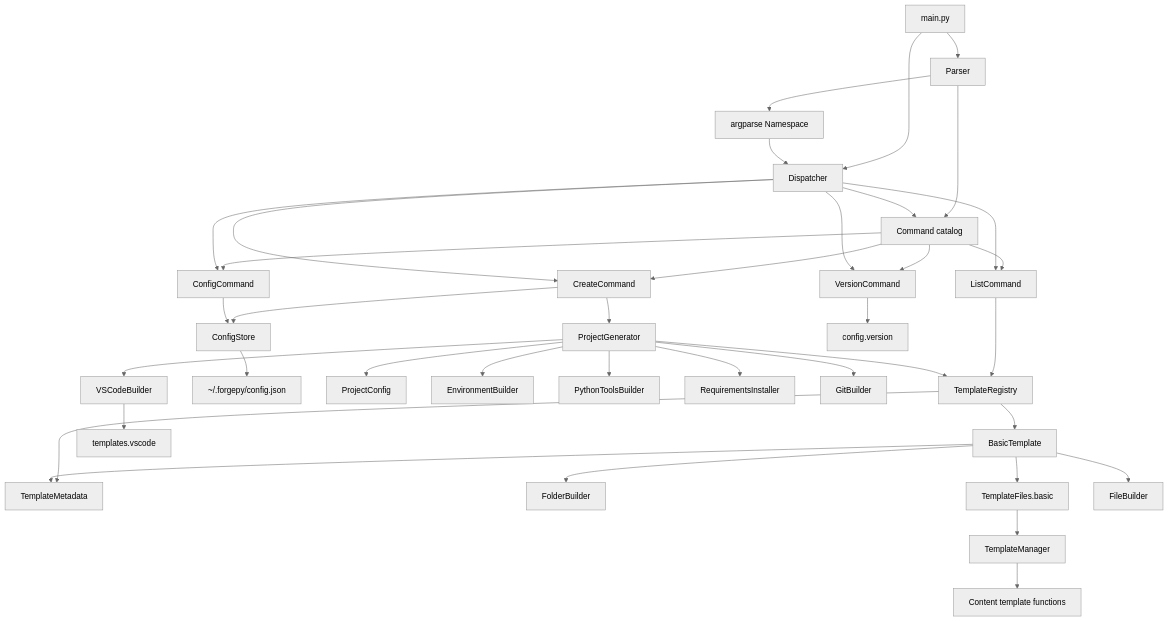
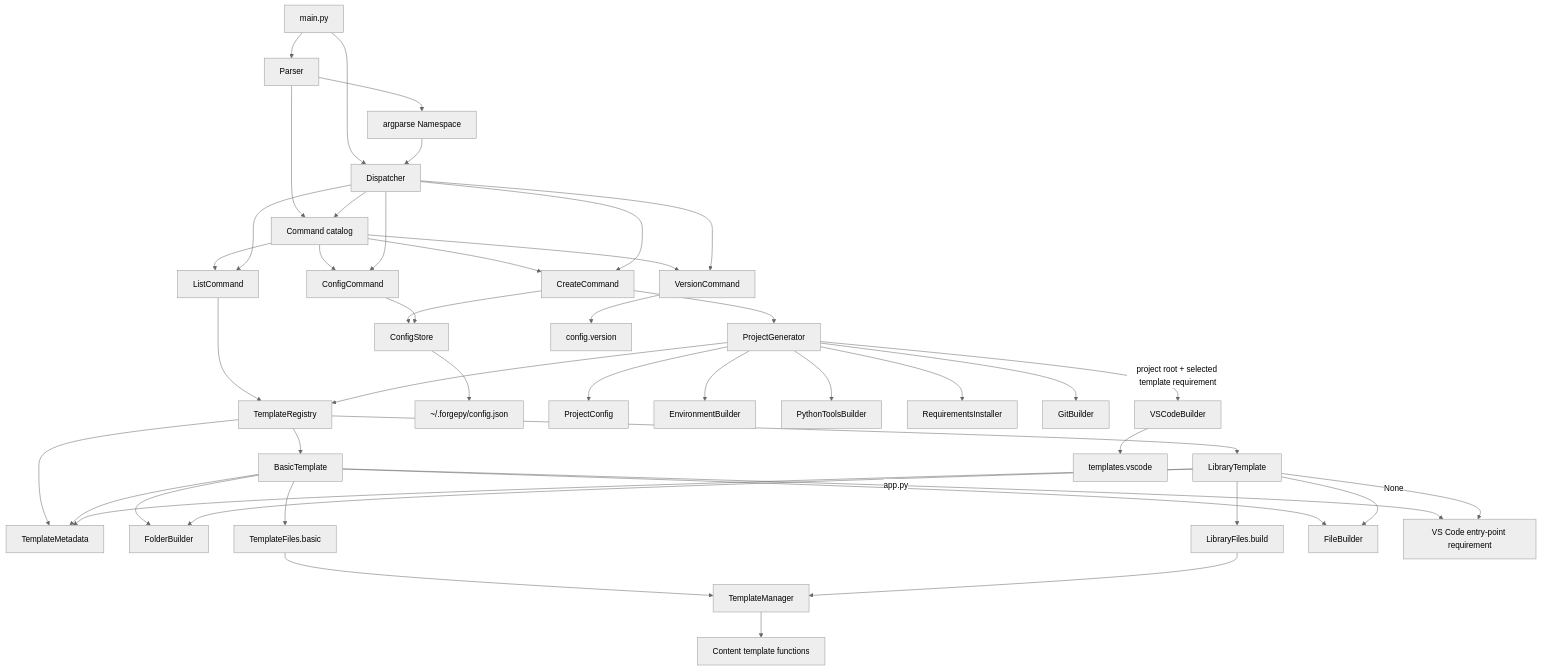
One commit to rendyzou89/ForgePy changed the second of 4 diagrams in ARCHITECTURE.md. Above: the diagram before and after it, drawn with Mermaid (neutral theme). The commit also changed other lines of this file and 17 other files, not shown here.

Commit message:
feat(template): add built-in library template

````diff
--- a/ARCHITECTURE.md
+++ b/ARCHITECTURE.md
@@ -103,44 +109,52 @@
 ```mermaid
 flowchart TD
     Main[main.py] --> Parser[Parser]
     Main --> Dispatcher[Dispatcher]
     Parser --> Namespace[argparse Namespace]
     Namespace --> Dispatcher
 
     Parser --> Catalog[Command catalog]
     Dispatcher --> Catalog
     Catalog --> Create[CreateCommand]
     Catalog --> List[ListCommand]
     Catalog --> Version[VersionCommand]
     Catalog --> Config[ConfigCommand]
 
     Dispatcher --> Create
     Dispatcher --> List
     Dispatcher --> Version
     Dispatcher --> Config
 
     Create --> UserConfig
     Create --> Generator[ProjectGenerator]
     List --> Registry[TemplateRegistry]
     Registry --> TemplateMetadata[TemplateMetadata]
     Version --> VersionConfig[config.version]
     Config --> UserConfig[ConfigStore]
     UserConfig --> ConfigFile[~/.forgepy/config.json]
 
     Generator --> ProjectConfig[ProjectConfig]
     Generator --> Registry
     Registry --> Basic[BasicTemplate]
+    Registry --> Library[LibraryTemplate]
     Basic --> TemplateMetadata
+    Library --> TemplateMetadata
     Basic --> FolderBuilder[FolderBuilder]
     Basic --> TemplateFiles[TemplateFiles.basic]
     TemplateFiles --> TemplateManager[TemplateManager]
+    Library --> FolderBuilder
+    Library --> LibraryFiles[LibraryFiles.build]
+    LibraryFiles --> TemplateManager
     TemplateManager --> Content[Content template functions]
     Basic --> FileBuilder[FileBuilder]
+    Library --> FileBuilder
+    Basic -->|app.py| VSCodeRequirement[VS Code entry-point requirement]
+    Library -->|None| VSCodeRequirement
 
     Generator --> Environment[EnvironmentBuilder]
     Generator --> PythonTools[PythonToolsBuilder]
     Generator --> Requirements[RequirementsInstaller]
     Generator --> Git[GitBuilder]
-    Generator --> VSCode[VSCodeBuilder]
+    Generator -->|project root + selected template requirement| VSCode[VSCodeBuilder]
     VSCode --> VSCodeTemplates[templates.vscode]
 ```
````
